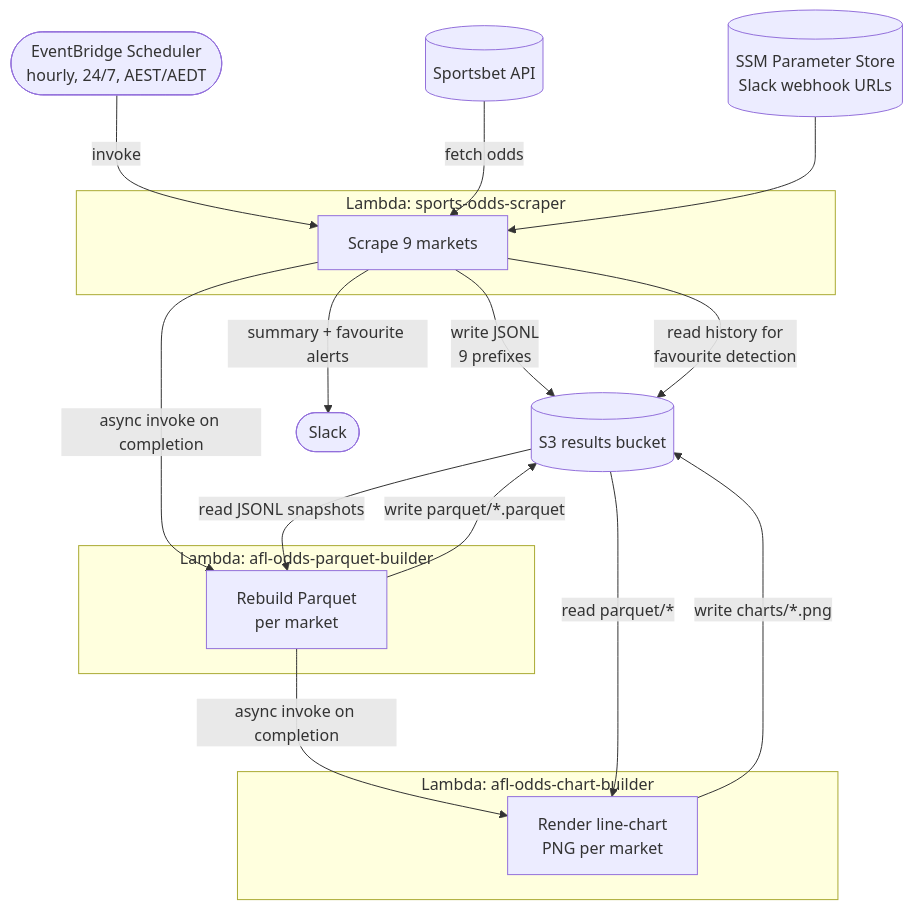
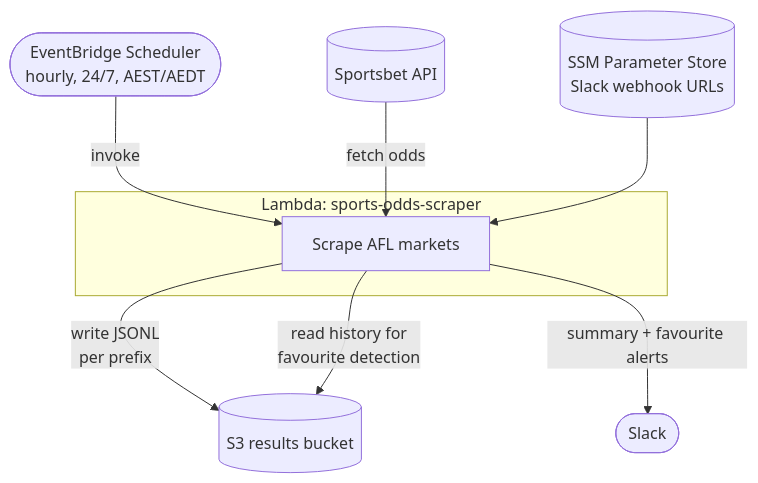
The diagram in README.md (bensharkey3/afl-odds-scraper), drawn with Mermaid before and after one commit. The commit also changed other lines of this file and 12 other files, not shown here.

First line of the commit message:
Remove Parquet + chart-builder downstream Lambda chain

````diff
--- a/README.md
+++ b/README.md
@@ -33,28 +30,14 @@
 ```mermaid
 flowchart TD
     EB([EventBridge Scheduler<br/>hourly, 24/7, AEST/AEDT]) -->|invoke| SCRAPER
     API[(Sportsbet API)] -->|fetch odds| SCRAPER
     SSM[(SSM Parameter Store<br/>Slack webhook URLs)] --> SCRAPER
 
     subgraph L1[Lambda: sports-odds-scraper]
-        SCRAPER[Scrape 9 markets]
-    end
-    subgraph L2[Lambda: afl-odds-parquet-builder]
-        PARQUET[Rebuild Parquet<br/>per market]
-    end
-    subgraph L3[Lambda: afl-odds-chart-builder]
-        CHART[Render line-chart<br/>PNG per market]
+        SCRAPER[Scrape AFL markets]
     end
 
-    SCRAPER -->|write JSONL<br/>9 prefixes| S3[(S3 results bucket)]
+    SCRAPER -->|write JSONL<br/>per prefix| S3[(S3 results bucket)]
     SCRAPER -->|read history for<br/>favourite detection| S3
     SCRAPER -->|summary + favourite alerts| SLACK([Slack])
-    SCRAPER -->|async invoke on completion| PARQUET
-
-    S3 -->|read JSONL snapshots| PARQUET
-    PARQUET -->|write parquet/*.parquet| S3
-    PARQUET -->|async invoke on completion| CHART
-
-    S3 -->|read parquet/*| CHART
-    CHART -->|write charts/*.png| S3
 ```
````
